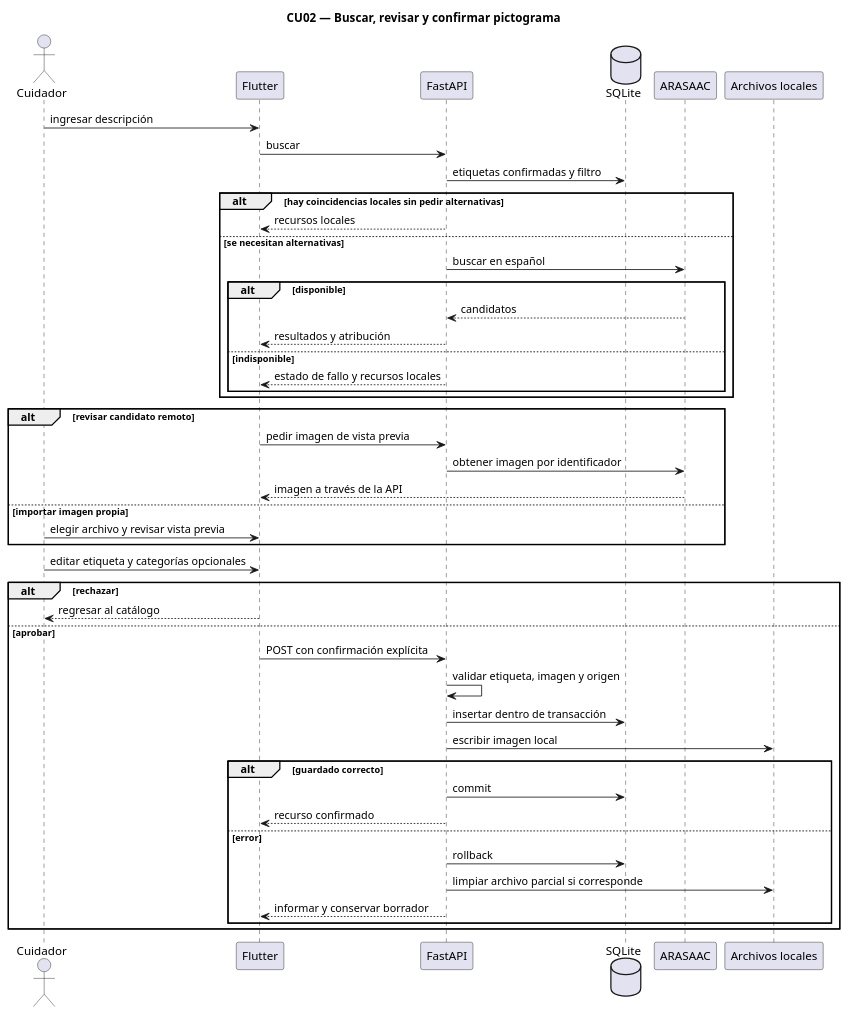
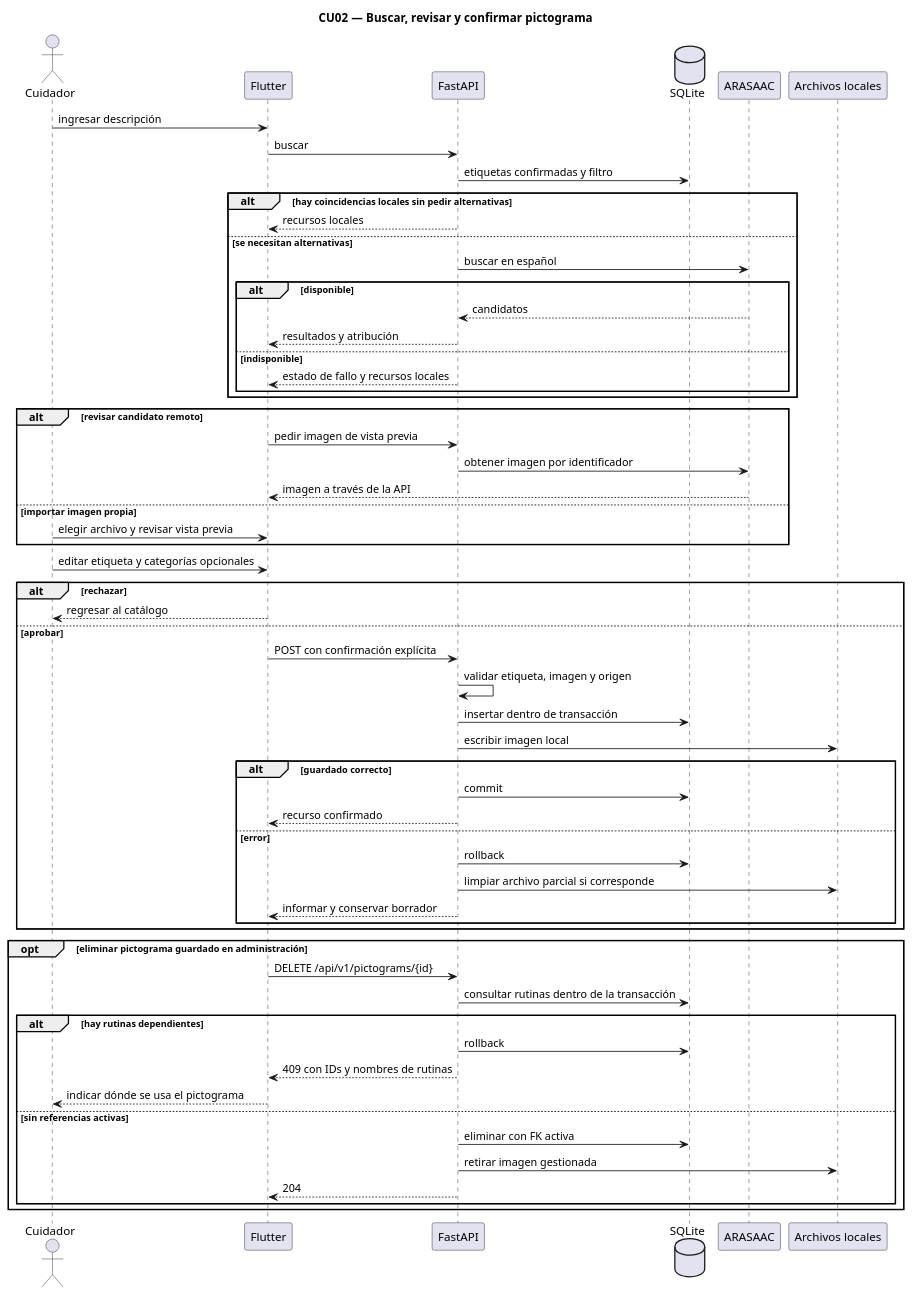
One commit to dianaquinterosg/scaa-inteligente changed the diagram in docs/diagrams/cu02-sequence.puml. Above: the diagram before and after it, drawn with PlantUML. The commit also changed 15 other files, not shown here.

```diff
--- a/docs/diagrams/cu02-sequence.puml
+++ b/docs/diagrams/cu02-sequence.puml
@@ -1,47 +1,60 @@
 @startuml
 title CU02 — Buscar, revisar y confirmar pictograma
 actor Cuidador as U
 participant "Flutter" as F
 participant "FastAPI" as API
 database SQLite as DB
 participant ARASAAC as A
 participant "Archivos locales" as FS
 U -> F : ingresar descripción
 F -> API : buscar
 API -> DB : etiquetas confirmadas y filtro
 alt hay coincidencias locales sin pedir alternativas
   API --> F : recursos locales
 else se necesitan alternativas
   API -> A : buscar en español
   alt disponible
     A --> API : candidatos
     API --> F : resultados y atribución
   else indisponible
     API --> F : estado de fallo y recursos locales
   end
 end
 alt revisar candidato remoto
   F -> API : pedir imagen de vista previa
   API -> A : obtener imagen por identificador
   A --> F : imagen a través de la API
 else importar imagen propia
   U -> F : elegir archivo y revisar vista previa
 end
 U -> F : editar etiqueta y categorías opcionales
 alt rechazar
   F --> U : regresar al catálogo
 else aprobar
   F -> API : POST con confirmación explícita
   API -> API : validar etiqueta, imagen y origen
   API -> DB : insertar dentro de transacción
   API -> FS : escribir imagen local
   alt guardado correcto
     API -> DB : commit
     API --> F : recurso confirmado
   else error
     API -> DB : rollback
     API -> FS : limpiar archivo parcial si corresponde
     API --> F : informar y conservar borrador
   end
 end
+opt eliminar pictograma guardado en administración
+  F -> API : DELETE /api/v1/pictograms/{id}
+  API -> DB : consultar rutinas dentro de la transacción
+  alt hay rutinas dependientes
+    API -> DB : rollback
+    API --> F : 409 con IDs y nombres de rutinas
+    F --> U : indicar dónde se usa el pictograma
+  else sin referencias activas
+    API -> DB : eliminar con FK activa
+    API -> FS : retirar imagen gestionada
+    API --> F : 204
+  end
+end
 @enduml
```
